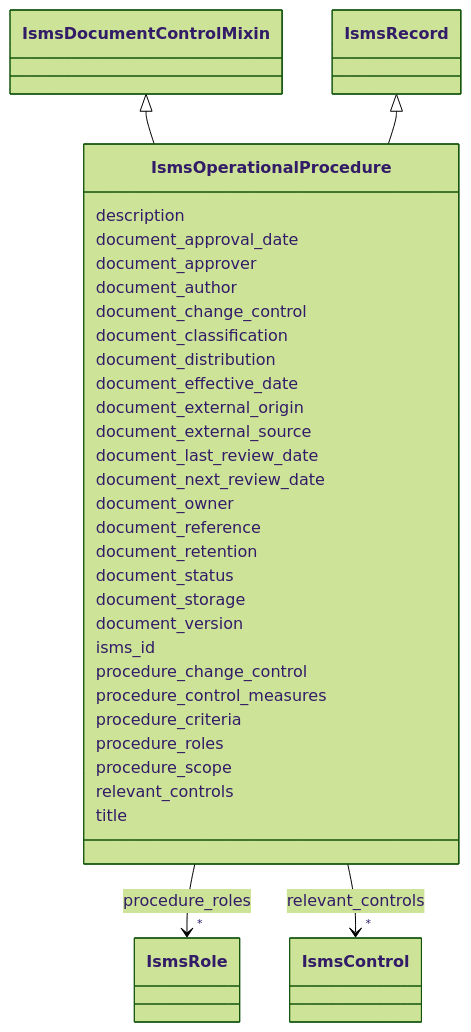
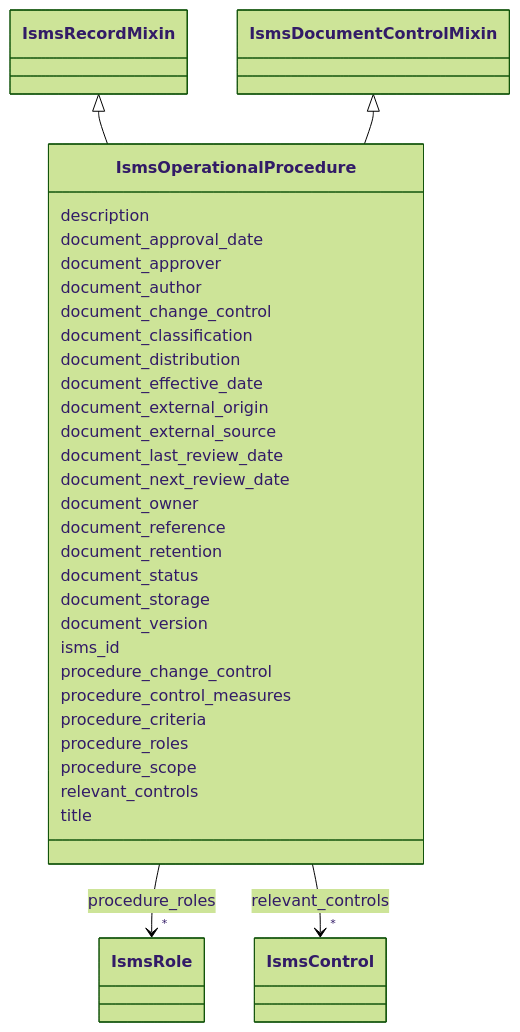
One commit to lmodel/iso27001 changed the diagram in project/mermaid/IsmsOperationalProcedure.md. Above: the diagram before and after it, drawn with Mermaid (forest theme). The commit also changed 171 other files, not shown here.

Commit message:
refactor(schema): make the record base a mixin so adapt can root records

````diff
--- a/project/mermaid/IsmsOperationalProcedure.md
+++ b/project/mermaid/IsmsOperationalProcedure.md
@@ -4,81 +4,81 @@
 ```mermaid
  classDiagram
     class IsmsOperationalProcedure
     click IsmsOperationalProcedure href "../IsmsOperationalProcedure"
+      IsmsRecordMixin <|-- IsmsOperationalProcedure
+        click IsmsRecordMixin href "../IsmsRecordMixin"
       IsmsDocumentControlMixin <|-- IsmsOperationalProcedure
         click IsmsDocumentControlMixin href "../IsmsDocumentControlMixin"
-      IsmsRecord <|-- IsmsOperationalProcedure
-        click IsmsRecord href "../IsmsRecord"
       
       IsmsOperationalProcedure : description
         
       IsmsOperationalProcedure : document_approval_date
         
       IsmsOperationalProcedure : document_approver
         
       IsmsOperationalProcedure : document_author
         
       IsmsOperationalProcedure : document_change_control
         
       IsmsOperationalProcedure : document_classification
         
       IsmsOperationalProcedure : document_distribution
         
       IsmsOperationalProcedure : document_effective_date
         
       IsmsOperationalProcedure : document_external_origin
         
       IsmsOperationalProcedure : document_external_source
         
       IsmsOperationalProcedure : document_last_review_date
         
       IsmsOperationalProcedure : document_next_review_date
         
       IsmsOperationalProcedure : document_owner
         
       IsmsOperationalProcedure : document_reference
         
       IsmsOperationalProcedure : document_retention
         
       IsmsOperationalProcedure : document_status
         
       IsmsOperationalProcedure : document_storage
         
       IsmsOperationalProcedure : document_version
         
       IsmsOperationalProcedure : isms_id
         
       IsmsOperationalProcedure : procedure_change_control
         
       IsmsOperationalProcedure : procedure_control_measures
         
       IsmsOperationalProcedure : procedure_criteria
         
       IsmsOperationalProcedure : procedure_roles
         
           
     
         
         
         IsmsOperationalProcedure --> "*" IsmsRole : procedure_roles
         click IsmsRole href "../IsmsRole"
     
 
         
       IsmsOperationalProcedure : procedure_scope
         
       IsmsOperationalProcedure : relevant_controls
         
           
     
         
         
         IsmsOperationalProcedure --> "*" IsmsControl : relevant_controls
         click IsmsControl href "../IsmsControl"
     
 
         
       IsmsOperationalProcedure : title
         
       
 ```
````
